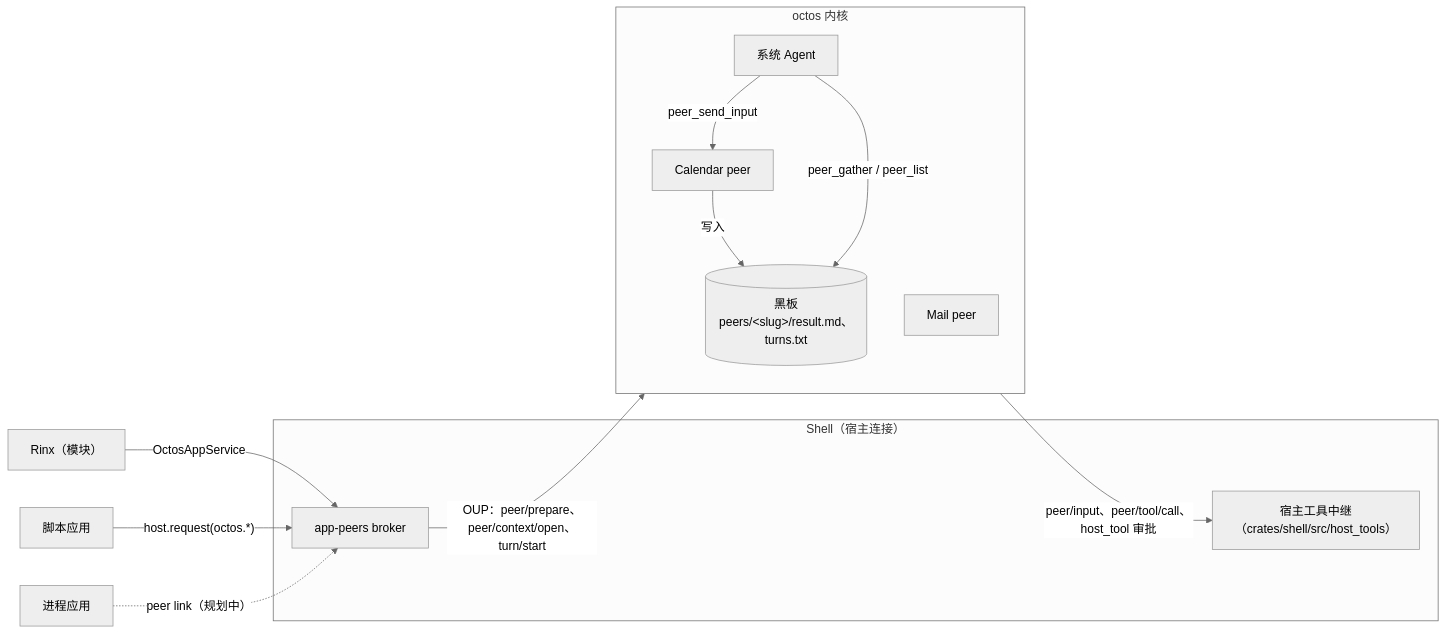
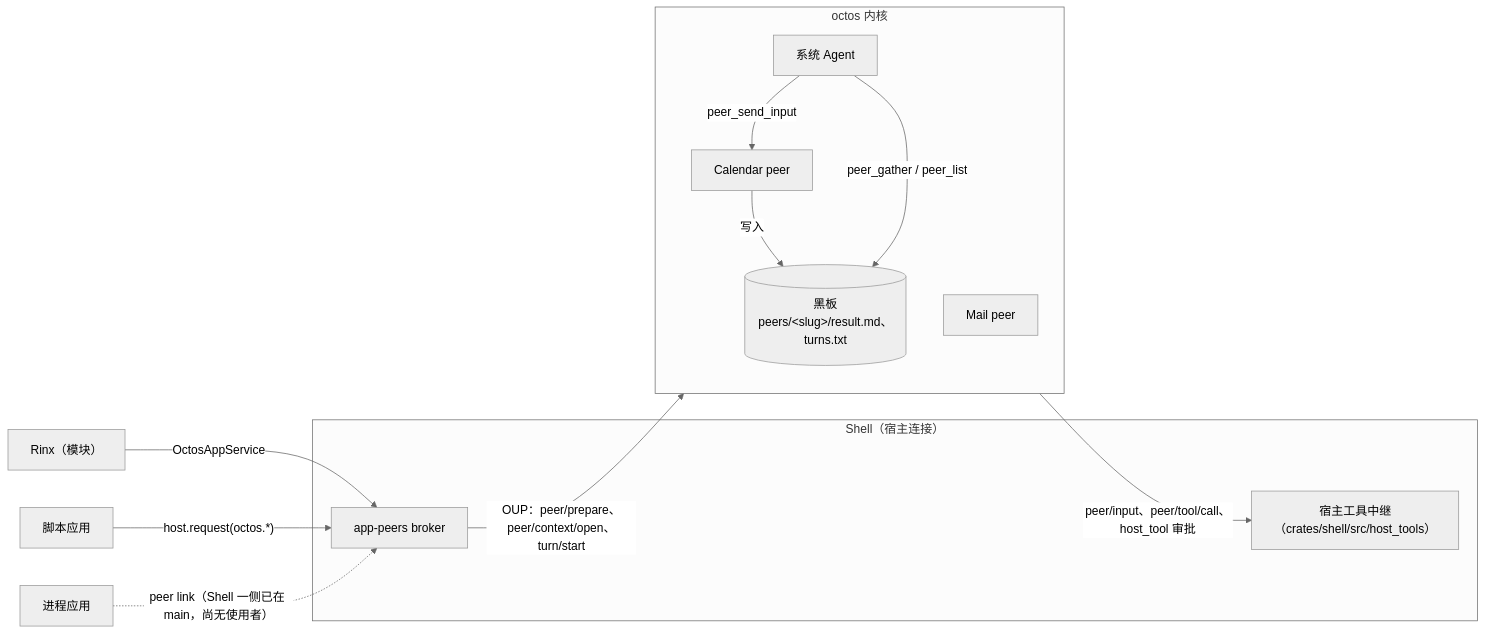
The third of 5 diagrams in docs/architecture.zh-CN.md (OctoSense-org/OctoSense), drawn with Mermaid (neutral theme) before and after one commit. The commit also changed other lines of this file and 1 other file, not shown here.

First line of the commit message:
docs(architecture): bring the page up to main's code (on top of #275)

````diff
--- a/docs/architecture.zh-CN.md
+++ b/docs/architecture.zh-CN.md
@@ -193,21 +200,21 @@
 ```mermaid
 flowchart LR
   subgraph shell["Shell（宿主连接）"]
     broker["app-peers broker"]
     relay["宿主工具中继<br/>（crates/shell/src/host_tools）"]
   end
   subgraph kernel["octos 内核"]
     sys["系统 Agent"]
     p1["Calendar peer"]
     p2["Mail peer"]
     bb[("黑板<br/>peers/&lt;slug&gt;/result.md、turns.txt")]
   end
   rinx["Rinx（模块）"] -- "OctosAppService" --> broker
   card["脚本应用"] -- "host.request(octos.*)" --> broker
-  proc["进程应用"] -. "peer link（规划中）" .-> broker
+  proc["进程应用"] -. "peer link（Shell 一侧已在 main，尚无使用者）" .-> broker
   broker -- "OUP：peer/prepare、peer/context/open、turn/start" --> kernel
   sys -- "peer_send_input" --> p1
   p1 -- "写入" --> bb
   sys -- "peer_gather / peer_list" --> bb
   kernel -- "peer/input、peer/tool/call、host_tool 审批" --> relay
 ```
````
